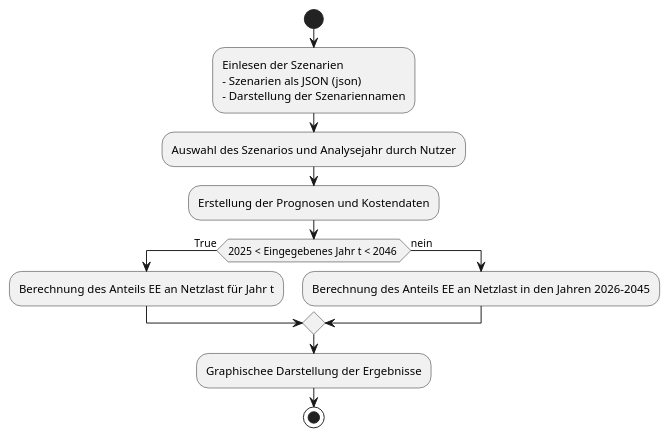
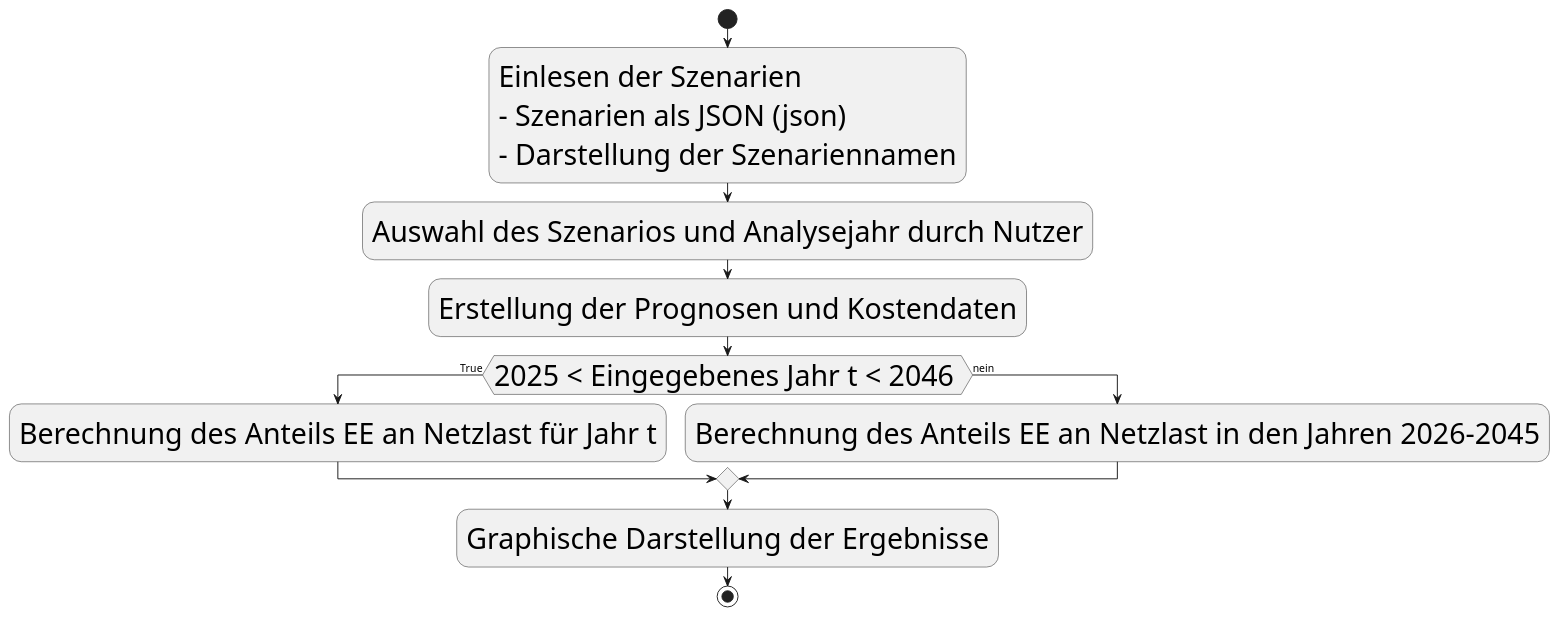
The diagram in Sonstiges/UML_Diagramme/Szenarienwahl.plantuml (gitroi/IPJ1-Pottkieker), drawn with PlantUML before and after one commit. The commit also changed 3 other files, not shown here.

Commit message:
Diagramme überarbeitet

```diff
--- a/Sonstiges/UML_Diagramme/Szenarienwahl.plantuml
+++ b/Sonstiges/UML_Diagramme/Szenarienwahl.plantuml
@@ -1,21 +1,22 @@
 @startuml Szenarienwahl
+skinparam ActivityFontSize 30
 start
 
 :Einlesen der Szenarien
 - Szenarien als JSON (json)
 - Darstellung der Szenariennamen;
 
 :Auswahl des Szenarios und Analysejahr durch Nutzer;
 
 :Erstellung der Prognosen und Kostendaten;
 
 if (2025 < Eingegebenes Jahr t < 2046 ) then (True)
   :Berechnung des Anteils EE an Netzlast für Jahr t;
 else (nein)
     :Berechnung des Anteils EE an Netzlast in den Jahren 2026-2045;
 endif
 
-:Graphischee Darstellung der Ergebnisse;
+:Graphische Darstellung der Ergebnisse;
 
 stop
 @enduml
```
